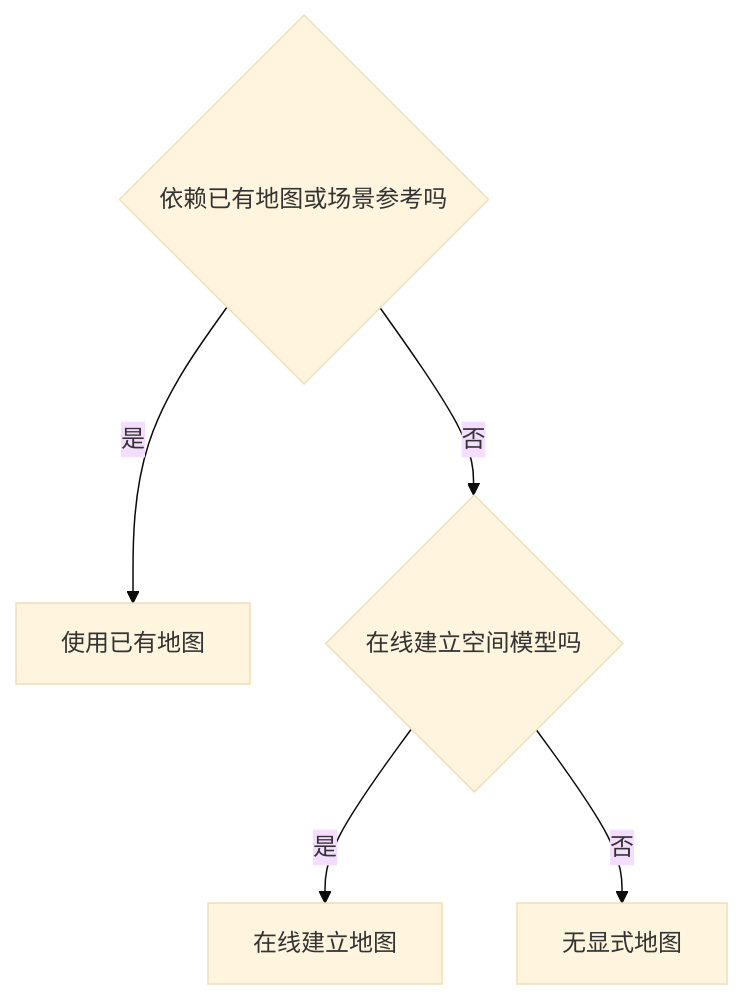
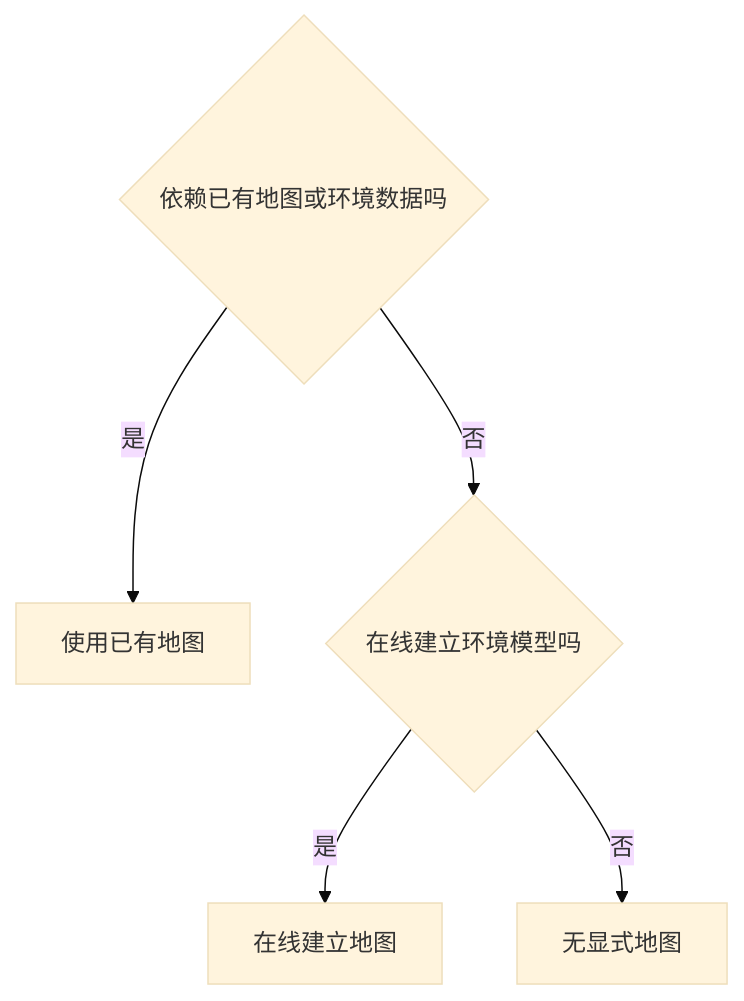
One commit to EnosElinsa/wheeltec-ros-textbook changed the first of 3 diagrams in docs/06-sensors-navigation/33-relocalization-map-dependence.md. Above: the diagram before and after it, drawn with Mermaid (base theme). The commit also changed other lines of this file and 7 other files, not shown here.

````diff
--- a/docs/06-sensors-navigation/33-relocalization-map-dependence.md
+++ b/docs/06-sensors-navigation/33-relocalization-map-dependence.md
@@ -41,7 +43,7 @@
 ```mermaid
 flowchart TD
-    A{依赖已有地图或场景参考吗} -->|是| B[使用已有地图]
-    A -->|否| C{在线建立空间模型吗}
+    A{依赖已有地图或环境数据吗} -->|是| B[使用已有地图]
+    A -->|否| C{在线建立环境模型吗}
     C -->|是| D[在线建立地图]
     C -->|否| E[无显式地图]
 ```
````
